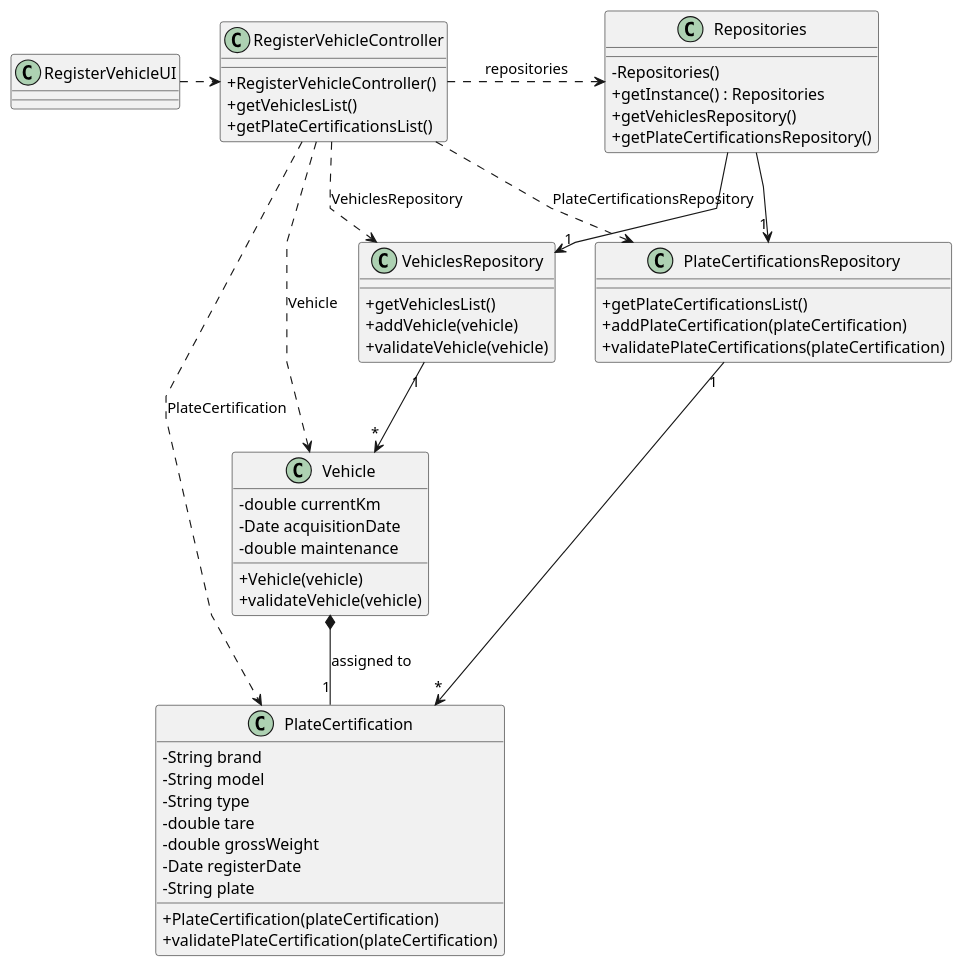
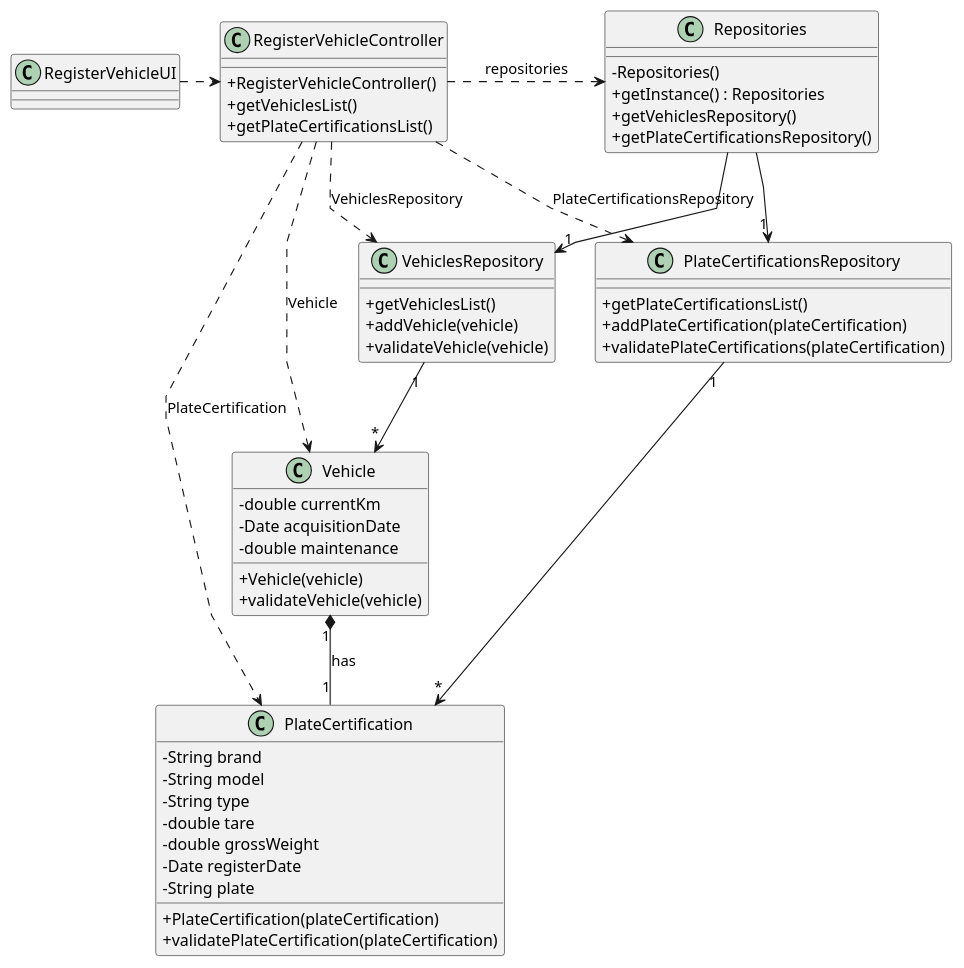
The diagram in docs/sprint2/us006/03.design/puml/us006-class-diagram.puml (1231360-ISEP/lei-24-s2-1db-g021), drawn with PlantUML before and after one commit. The commit also changed 4 other files, not shown here.

Commit message:
US6 - update class diagram and full diagram

```diff
--- a/docs/sprint2/us006/03.design/puml/us006-class-diagram.puml
+++ b/docs/sprint2/us006/03.design/puml/us006-class-diagram.puml
@@ -1,82 +1,74 @@
 @startuml
 skinparam packageStyle rectangle
 skinparam shadowing false
 skinparam linetype polyline
 skinparam classAttributeIconSize 0
 
 class RegisterVehicleUI {
 }
 
 class RegisterVehicleController {
     + RegisterVehicleController()
     + getVehiclesList()
     + getPlateCertificationsList()
 }
 
 class Repositories {
     - Repositories()
     + getInstance() : Repositories
     + getVehiclesRepository()
     + getPlateCertificationsRepository()
 }
 
-'----------------CLASSES PLATE CERTIFICATION-------------
-
 class Vehicle {
     - double currentKm
     - Date acquisitionDate
     - double maintenance
     + Vehicle(vehicle)
     + validateVehicle(vehicle)
 }
 
 class VehiclesRepository {
     + getVehiclesList()
     + addVehicle(vehicle)
     + validateVehicle(vehicle)
 }
 
-RegisterVehicleUI .> RegisterVehicleController
-
-RegisterVehicleController .> Repositories : repositories
-
-'-----------LIGAÇÕES VEHICLE------
-
-Repositories --> "1" VehiclesRepository
-
-RegisterVehicleController ..> Vehicle : Vehicle
-RegisterVehicleController ..> VehiclesRepository : VehiclesRepository
-
-VehiclesRepository "1" --> "*" Vehicle
-
-'----------------CLASSES PLATE CERTIFICATION-------------
 class PlateCertification {
     - String brand
     - String model
     - String type
     - double tare
     - double grossWeight
     - Date registerDate
     - String plate
     + PlateCertification(plateCertification)
     + validatePlateCertification(plateCertification)
 }
 
 class PlateCertificationsRepository {
     + getPlateCertificationsList()
     + addPlateCertification(plateCertification)
     + validatePlateCertifications(plateCertification)
 }
 
-'-----------LIGAÇÕES PLATE CERTIFICATION------
+RegisterVehicleUI .> RegisterVehicleController
+
+RegisterVehicleController .> Repositories : repositories
+Repositories --> "1" VehiclesRepository
+
+RegisterVehicleController ..> Vehicle : Vehicle
+RegisterVehicleController ..> VehiclesRepository : VehiclesRepository
+
+VehiclesRepository "1" --> "*" Vehicle
 
 Repositories --> "1" PlateCertificationsRepository
 
 RegisterVehicleController ..> PlateCertification : PlateCertification
 RegisterVehicleController ..> PlateCertificationsRepository : PlateCertificationsRepository
 
 PlateCertificationsRepository "1" --> "*" PlateCertification
 
-Vehicle *-- "1" PlateCertification : assigned to
+Vehicle "1" *-- "1" PlateCertification : has
 
 @enduml
```
